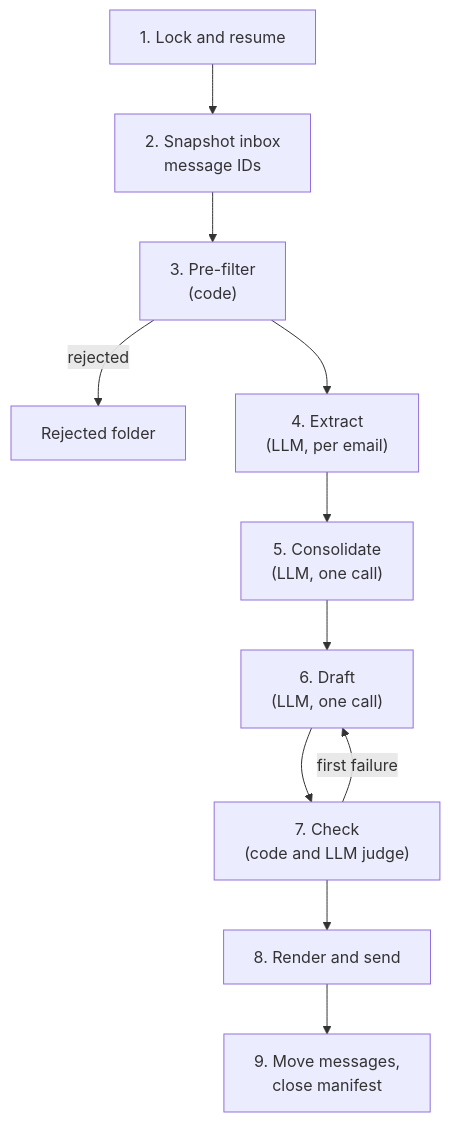
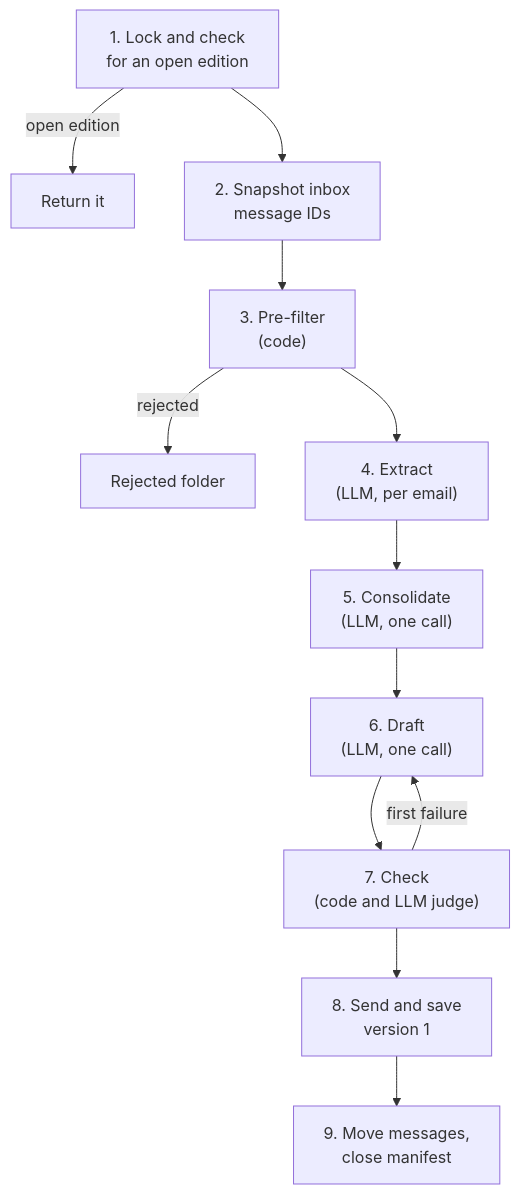
Before and after one commit to TecharyBenN/techary-pulse: the third of 3 diagrams in docs/techary-pulse-design.md, drawn with Mermaid. The commit also changed other lines of this file and 1 other file, not shown here.

````diff
--- a/docs/techary-pulse-design.md
+++ b/docs/techary-pulse-design.md
@@ -69,13 +131,14 @@
 ```mermaid
 flowchart TD
-    A["1. Lock and resume"] --> B["2. Snapshot inbox<br/>message IDs"]
-    B --> C["3. Pre-filter<br/>(code)"]
-    C -->|rejected| X1["Rejected folder"]
-    C --> D["4. Extract<br/>(LLM, per email)"]
-    D --> E["5. Consolidate<br/>(LLM, one call)"]
-    E --> F["6. Draft<br/>(LLM, one call)"]
-    F --> G["7. Check<br/>(code and LLM judge)"]
-    G -->|first failure| F
-    G --> H["8. Render and send"]
-    H --> I["9. Move messages,<br/>close manifest"]
+    A["1. Lock and check<br/>for an open edition"] -->|open edition| R["Return it"]
+    A --> C["2. Snapshot inbox<br/>message IDs"]
+    C --> D["3. Pre-filter<br/>(code)"]
+    D -->|rejected| X1["Rejected folder"]
+    D --> E["4. Extract<br/>(LLM, per email)"]
+    E --> F["5. Consolidate<br/>(LLM, one call)"]
+    F --> G["6. Draft<br/>(LLM, one call)"]
+    G --> H["7. Check<br/>(code and LLM judge)"]
+    H -->|first failure| G
+    H --> I["8. Send and save<br/>version 1"]
+    I --> J["9. Move messages,<br/>close manifest"]
 ```
````
